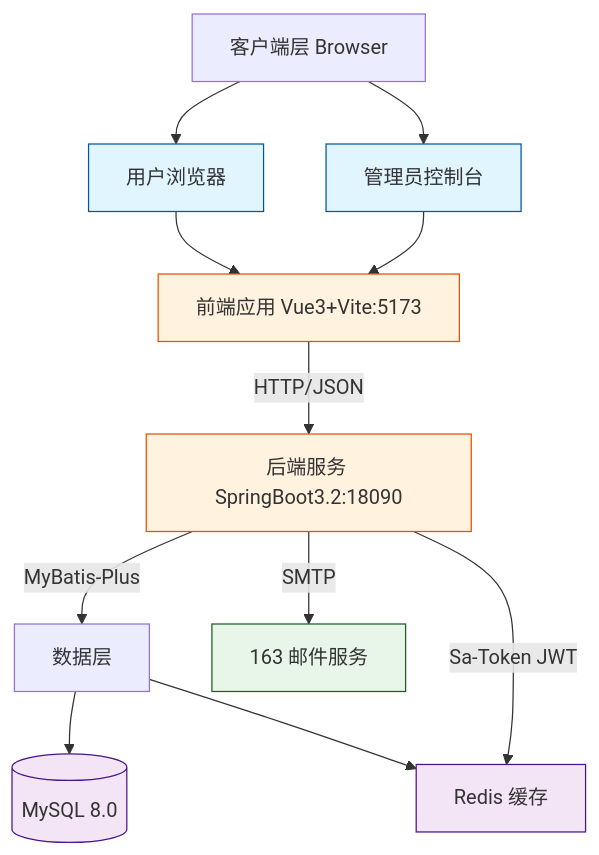
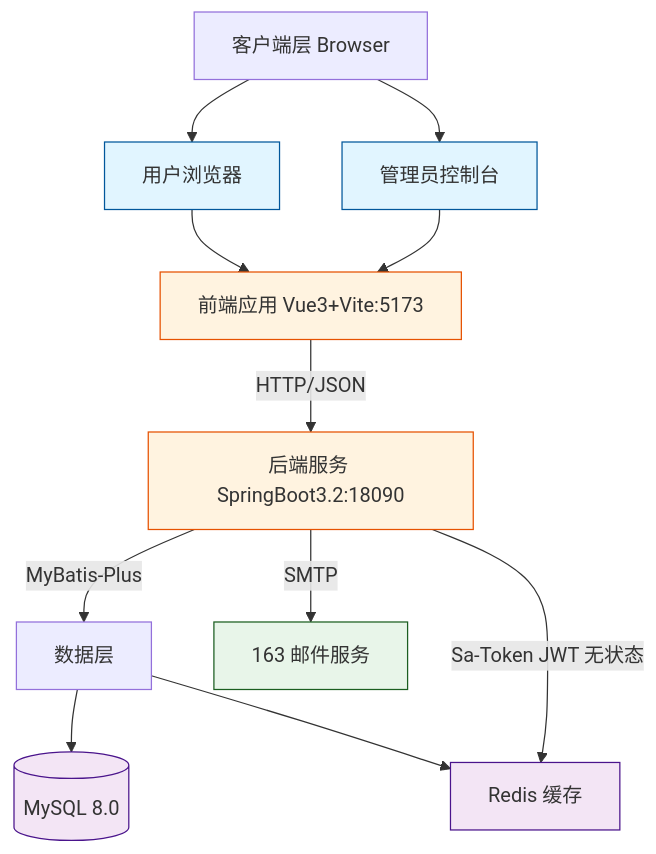
Before and after one commit to zwj-3193655211/campus-LostandFound: the third of 30 diagrams in docs/项目图表.md, drawn with Mermaid. The commit also changed other lines of this file, not shown here.

Commit message:
docs: 修正物品发布流程图，添加登录前置检查

````diff
--- a/docs/项目图表.md
+++ b/docs/项目图表.md
@@ -154,34 +154,34 @@
 ```mermaid
 graph TB
     Client[客户端层 Browser]
     Frontend[前端应用 Vue3+Vite:5173]
     Backend[后端服务 SpringBoot3.2:18090]
     DataLayer[数据层]
 
     U[用户浏览器]
     A[管理员控制台]
 
     Client --> U
     Client --> A
     U --> Frontend
     A --> Frontend
 
     Frontend -->|HTTP/JSON| Backend
 
     Backend -->|MyBatis-Plus| DataLayer
     Backend -->|SMTP| MailServer[163 邮件服务]
-    Backend -->|Sa-Token JWT| CacheLayer[Redis 缓存]
+    Backend -->|Sa-Token JWT 无状态| CacheLayer[Redis 缓存]
 
     DataLayer --> MySQL[(MySQL 8.0)]
     DataLayer --> CacheLayer
 
     classDef client fill:#e1f5ff,stroke:#01579b
     classDef server fill:#fff3e0,stroke:#e65100
     classDef data fill:#f3e5f5,stroke:#4a148c
     classDef external fill:#e8f5e9,stroke:#1b5e20
 
     class U,A client
     class Backend,Frontend server
     class MySQL,CacheLayer data
     class MailServer external
 ```
````
